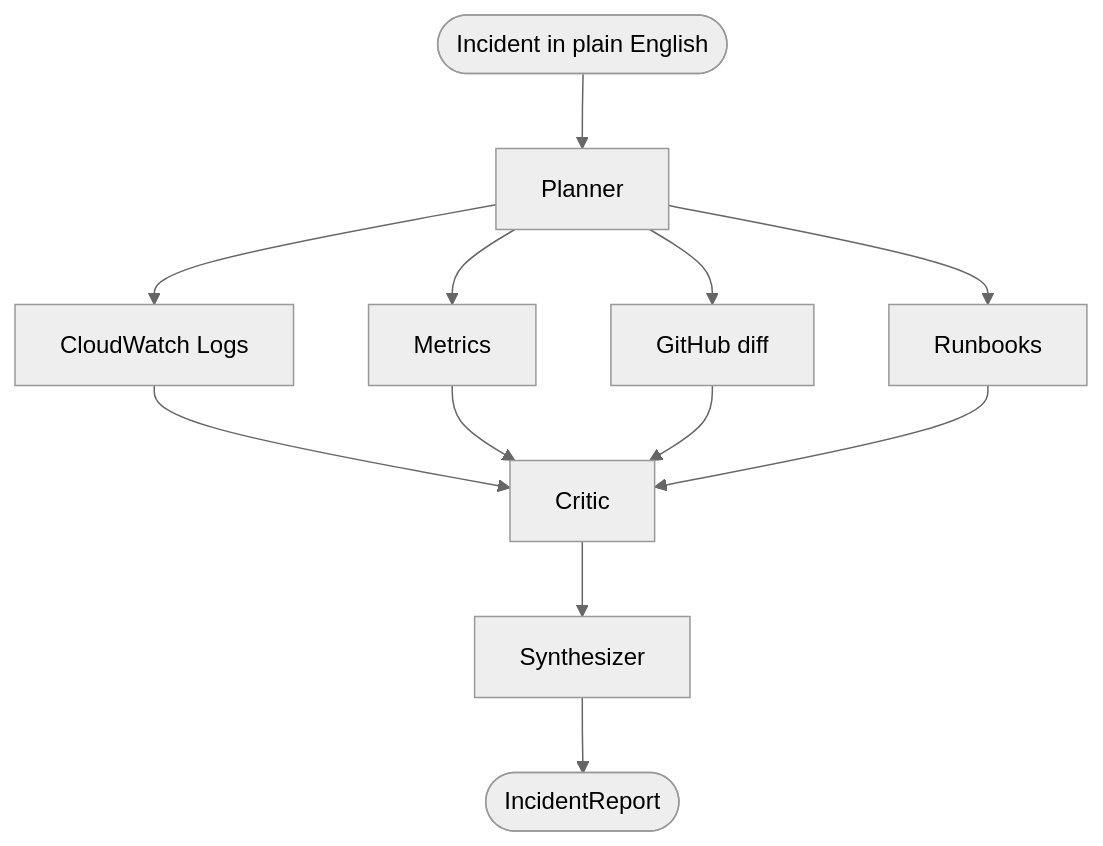
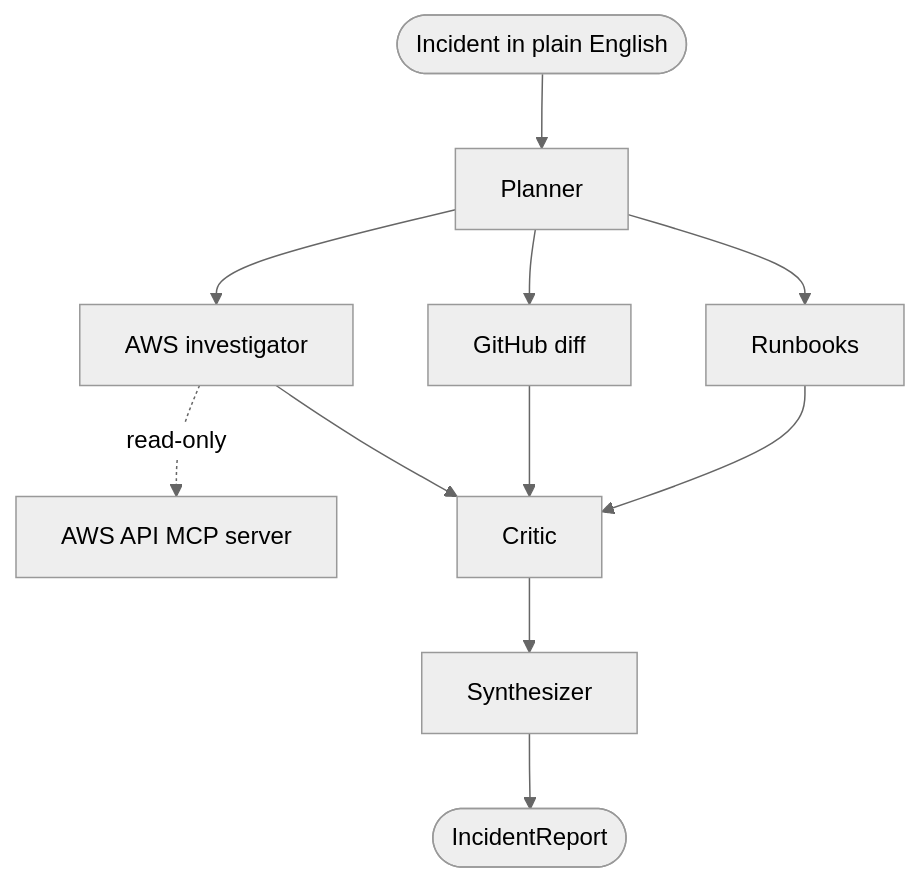
One commit to frostbyte57/agentic-devops-copilot changed the diagram in docs/architecture.md. Above: the diagram before and after it, drawn with Mermaid (neutral theme). The commit also changed other lines of this file and 20 other files, not shown here.

````diff
--- a/docs/architecture.md
+++ b/docs/architecture.md
@@ -7,13 +7,13 @@
 ```mermaid
 flowchart TD
     U([Incident in plain English]) --> P[Planner]
 
-    P --> Logs[CloudWatch Logs]
-    P --> Metrics[Metrics]
+    P --> AWS[AWS investigator]
     P --> GitHub[GitHub diff]
     P --> RAG[Runbooks]
 
-    Logs & Metrics & GitHub & RAG --> Critic
+    AWS -. read-only .-> MCP[AWS API MCP server]
+    AWS & GitHub & RAG --> Critic
     Critic --> Synthesizer
     Synthesizer --> R([IncidentReport])
 ```
````
